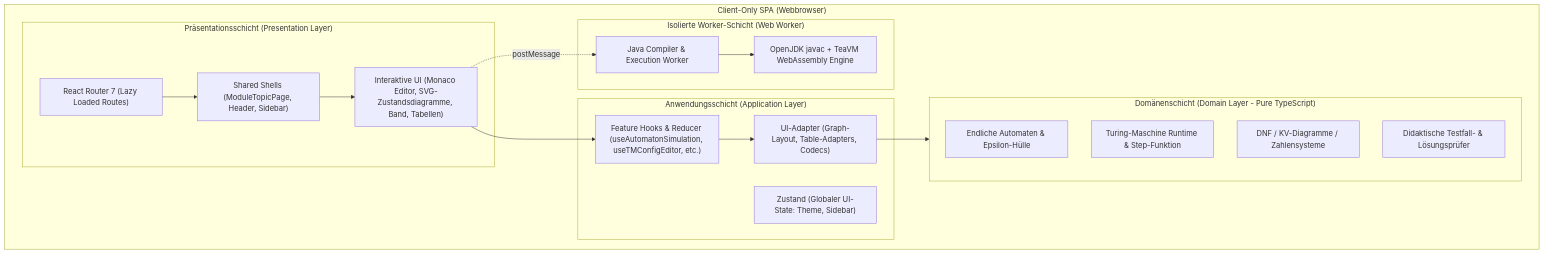
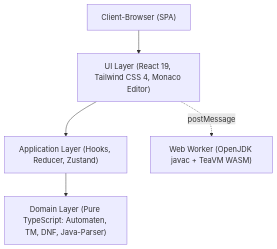
The diagram in docs/processes/architecture.md (Markussus/ProjektArbeit_GI_Plattform), drawn with Mermaid before and after one commit. The commit also changed other lines of this file and 5 other files, not shown here.

````diff
--- a/docs/processes/architecture.md
+++ b/docs/processes/architecture.md
@@ -11,36 +14,7 @@
 ```mermaid
 graph TB
-    subgraph Browser_Client["Client-Only SPA (Webbrowser)"]
-        subgraph UI_Layer["Präsentationsschicht (Presentation Layer)"]
-            Router["React Router 7 (Lazy Loaded Routes)"]
-            SharedShell["Shared Shells (ModuleTopicPage, Header, Sidebar)"]
-            SimViews["Interaktive UI (Monaco Editor, SVG-Zustandsdiagramme, Band, Tabellen)"]
-        end
-
-        subgraph App_Layer["Anwendungsschicht (Application Layer)"]
-            Zustand["Zustand (Globaler UI-State: Theme, Sidebar)"]
-            Hooks["Feature Hooks & Reducer (useAutomatonSimulation, useTMConfigEditor, etc.)"]
-            Adapters["UI-Adapter (Graph-Layout, Table-Adapters, Codecs)"]
-        end
-
-        subgraph Domain_Layer["Domänenschicht (Domain Layer - Pure TypeScript)"]
-            FSM_Core["Endliche Automaten & Epsilon-Hülle"]
-            TM_Core["Turing-Maschine Runtime & Step-Funktion"]
-            Logic_Core["DNF / KV-Diagramme / Zahlensysteme"]
-            Validator["Didaktische Testfall- & Lösungsprüfer"]
-        end
-
-        subgraph Worker_Layer["Isolierte Worker-Schicht (Web Worker)"]
-            JavacWorker["Java Compiler & Execution Worker"]
-            TeaVM["OpenJDK javac + TeaVM WebAssembly Engine"]
-        end
-    end
-
-    Router --> SharedShell
-    SharedShell --> SimViews
-    SimViews --> Hooks
-    Hooks --> Adapters
-    Adapters --> Domain_Layer
-    SimViews -.->|postMessage| JavacWorker
-    JavacWorker --> TeaVM
+    Browser["Client-Browser (SPA)"] --> UI["UI Layer (React 19, Tailwind CSS 4, Monaco Editor)"]
+    UI --> App["Application Layer (Hooks, Reducer, Zustand)"]
+    App --> Domain["Domain Layer (Pure TypeScript: Automaten, TM, DNF, Java-Parser)"]
+    UI -.->|postMessage| Worker["Web Worker (OpenJDK javac + TeaVM WASM)"]
 ```
````
